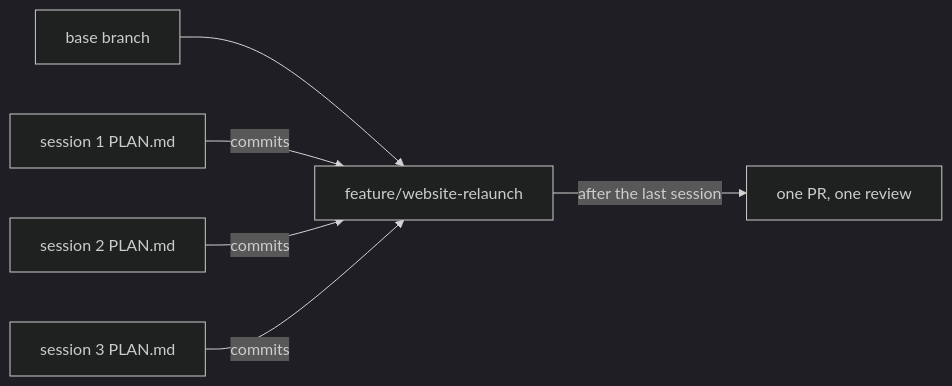
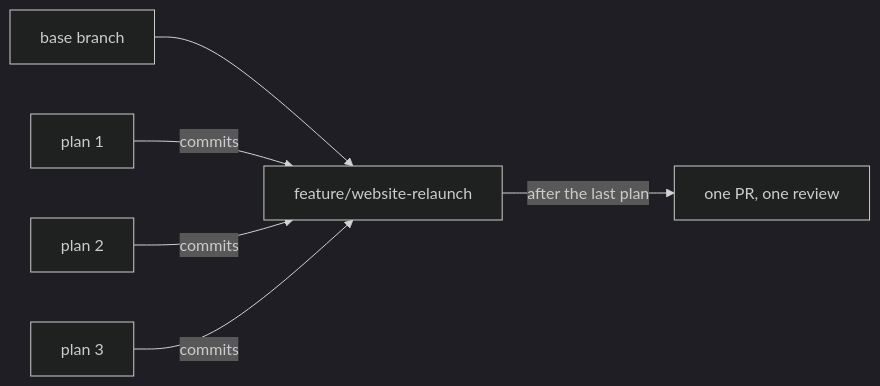
The seventh of 7 diagrams in docs/autopilot-developer-guide.md (evelan-de/claude-code-plugins), drawn with Mermaid (dark theme) before and after one commit. The commit also changed other lines of this file and 9 other files, not shown here.

````diff
--- a/docs/autopilot-developer-guide.md
+++ b/docs/autopilot-developer-guide.md
@@ -445,8 +355,8 @@
 ```mermaid
 flowchart LR
     B["base branch"] --> FB["feature/website-relaunch"]
-    S1["session 1 PLAN.md"] -- "commits" --> FB
-    S2["session 2 PLAN.md"] -- "commits" --> FB
-    S3["session 3 PLAN.md"] -- "commits" --> FB
-    FB -- "after the last session" --> PR["one PR, one review"]
+    S1["plan 1"] -- "commits" --> FB
+    S2["plan 2"] -- "commits" --> FB
+    S3["plan 3"] -- "commits" --> FB
+    FB -- "after the last plan" --> PR["one PR, one review"]
 ```
````
